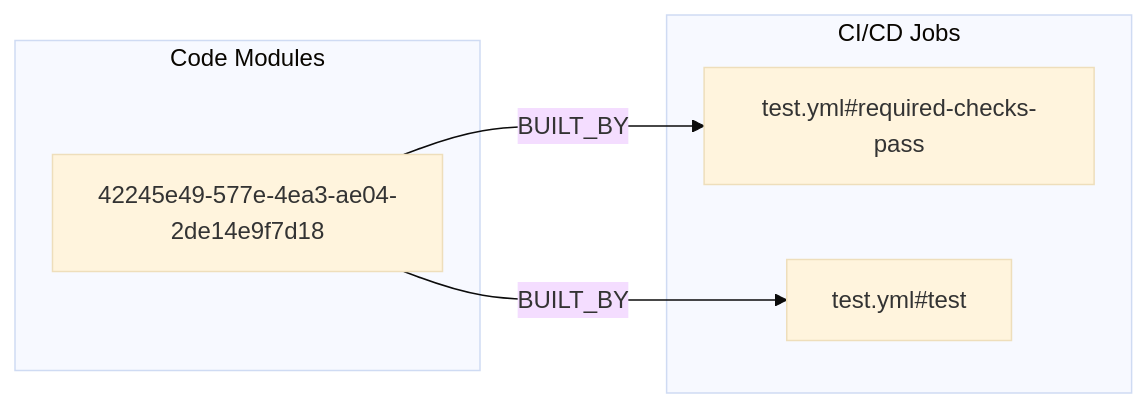
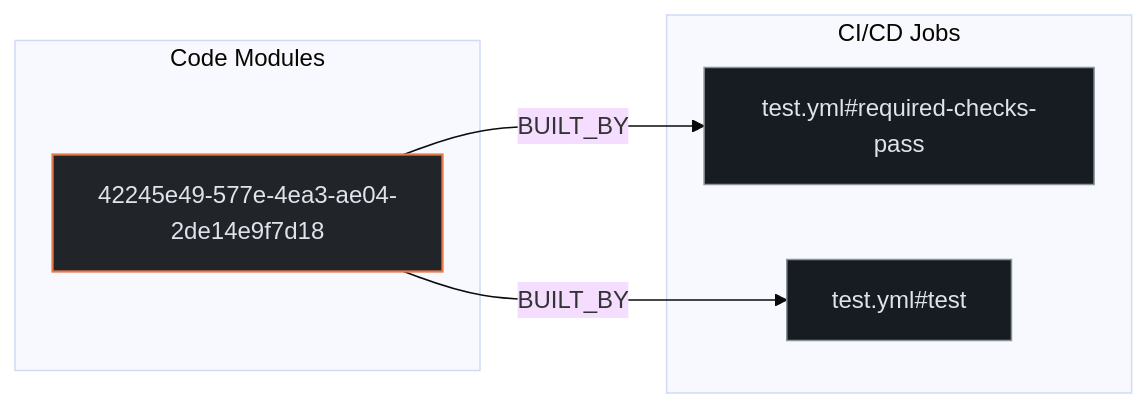
Before and after one commit to kumarshaz/atruss-code-atlas: the second of 3 diagrams in exports/latest/reports/TryGhost-Edition-report.md, drawn with Mermaid (base theme). The commit also changed other lines of this file and 331 other files, not shown here.

Commit message:
docs,ui,fix: update SDLC docs, reorder CI/CD DAG first, stylize Mermaid, and fix Arc42 pipeline topology

````diff
--- a/exports/latest/reports/TryGhost-Edition-report.md
+++ b/exports/latest/reports/TryGhost-Edition-report.md
@@ -94,12 +101,16 @@
 ```mermaid
 flowchart LR
+    classDef atlasCategory fill:#212428,stroke:#E87A48,stroke-width:1.5px,color:#dfe3eb
+    classDef atlasWorkflow fill:#1b2026,stroke:#a3c9ff,stroke-width:1.5px,color:#dfe3eb
+    classDef atlasJob fill:#171c22,stroke:#8d9199,stroke-width:1px,color:#dfe3eb
+    classDef atlasTarget fill:#005227,stroke:#8bd99b,stroke-width:1.5px,color:#a7f6b6
     subgraph code_modules["Code Modules"]
-        mod_42245e49_577e_4ea3_ae04_2de14e9f7d18["42245e49-577e-4ea3-ae04-2de14e9f7d18"]
+        mod_42245e49_577e_4ea3_ae04_2de14e9f7d18["42245e49-577e-4ea3-ae04-2de14e9f7d18"]:::atlasCategory
     end
     subgraph ci_jobs["CI/CD Jobs"]
-        job_test_yml_required_checks_pass["test.yml#required-checks-pass"]
-        job_test_yml_test["test.yml#test"]
+        job_test_yml_required_checks_pass["test.yml#required-checks-pass"]:::atlasJob
+        job_test_yml_test["test.yml#test"]:::atlasJob
     end
     mod_42245e49_577e_4ea3_ae04_2de14e9f7d18 -->|BUILT_BY| job_test_yml_required_checks_pass
     mod_42245e49_577e_4ea3_ae04_2de14e9f7d18 -->|BUILT_BY| job_test_yml_test
 ```
````
